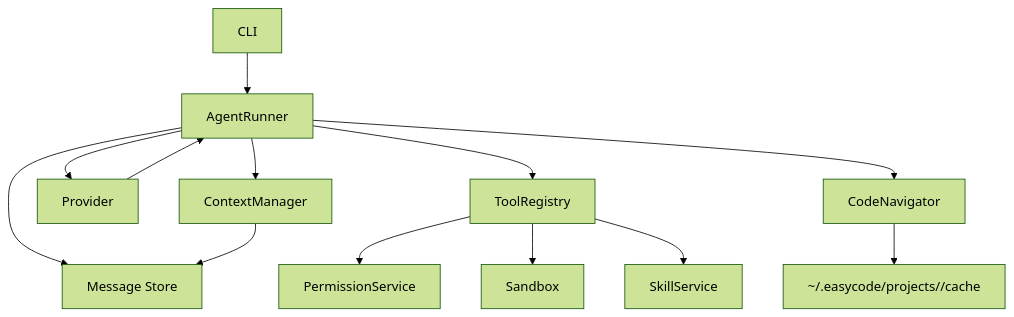
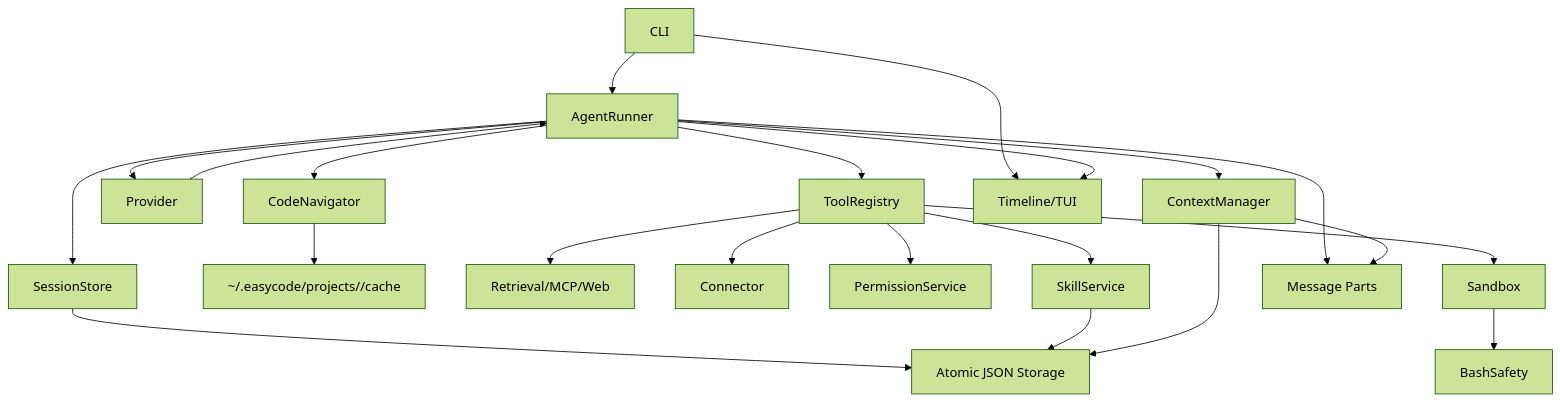
The diagram in specs/001-architecture.md (jay-cheung/easycode), drawn with Mermaid (forest theme) before and after one commit. The commit also changed other lines of this file and 48 other files, not shown here.

````diff
--- a/specs/001-architecture.md
+++ b/specs/001-architecture.md
@@ -27,15 +40,24 @@
 ```mermaid
 flowchart TD
   CLI[CLI] --> Agent[AgentRunner]
   Agent --> Context[ContextManager]
   Agent --> Provider[Provider]
+  Agent --> Session[SessionStore]
   Provider --> Agent
   Agent --> Registry[ToolRegistry]
   Agent --> CodeNav[CodeNavigator]
   CodeNav --> Cache["~/.easycode/projects/<hash>/cache"]
+  Registry --> Retrieval[Retrieval/MCP/Web]
+  Registry --> Connector[Connector]
   Registry --> Permission[PermissionService]
   Registry --> Sandbox[Sandbox]
   Registry --> Skill[SkillService]
-  Agent --> Message[Message Store]
+  Sandbox --> BashSafety[BashSafety]
+  Session --> Storage[Atomic JSON Storage]
+  Skill --> Storage
+  Context --> Storage
+  Agent --> Message[Message Parts]
   Context --> Message
+  CLI --> UI[Timeline/TUI]
+  Agent --> UI
 ```
````
